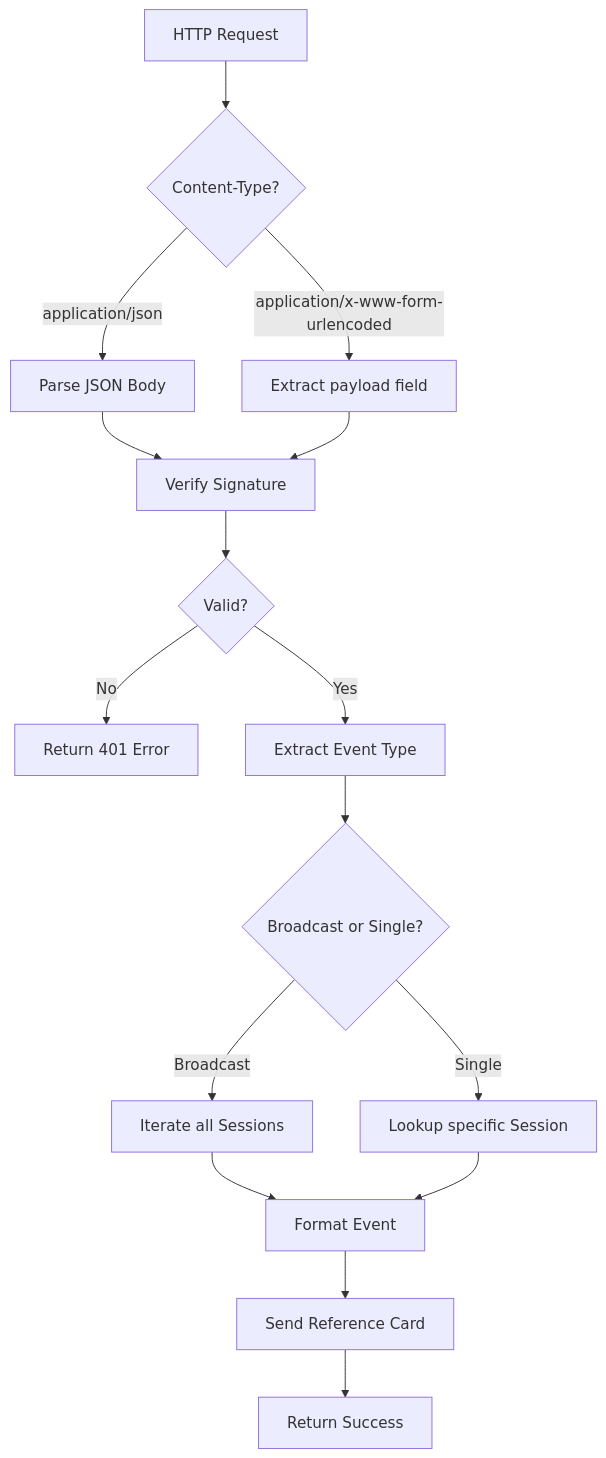
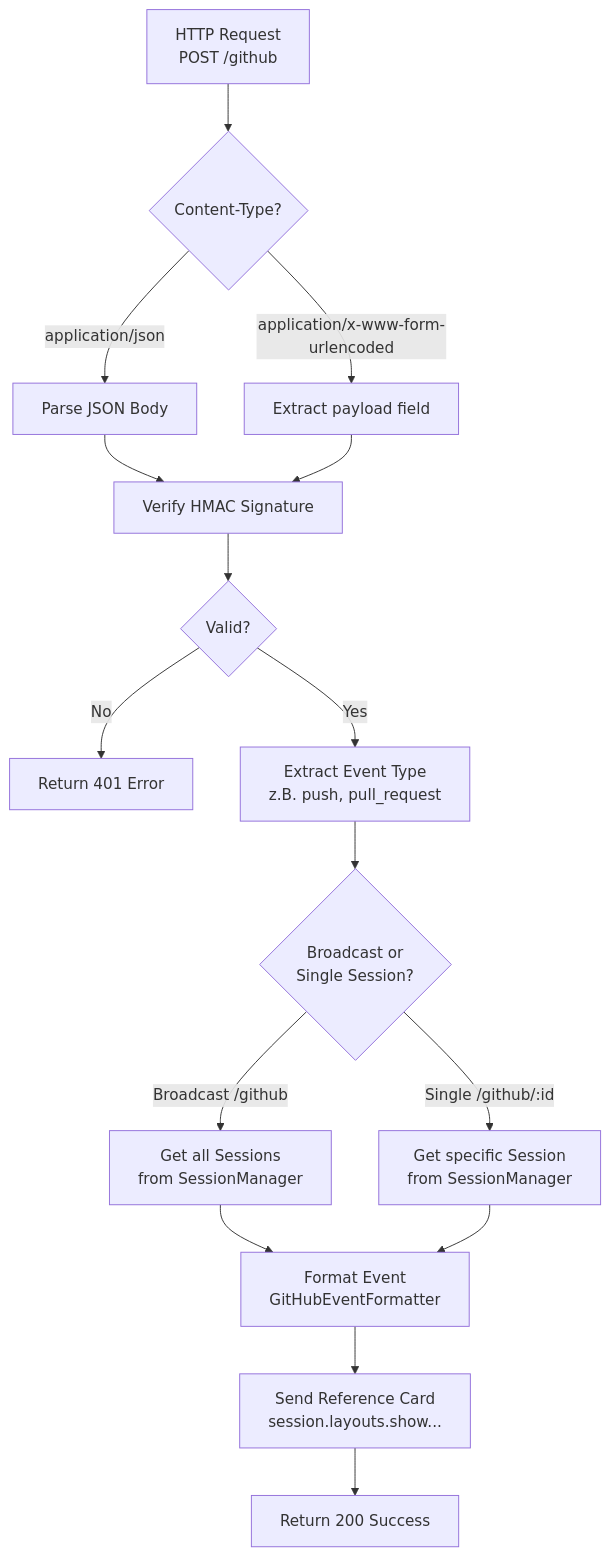
The fifth of 11 diagrams in documentation/arc42.md (merlinbecker/mentraOSPush), drawn with Mermaid before and after one commit. The commit also changed other lines of this file and 4 other files, not shown here.

````diff
--- a/documentation/arc42.md
+++ b/documentation/arc42.md
@@ -400,18 +544,18 @@
 ```mermaid
 graph TD
-    A[HTTP Request] --> B{Content-Type?}
+    A[HTTP Request<br/>POST /github] --> B{Content-Type?}
     B -->|application/json| C[Parse JSON Body]
     B -->|application/x-www-form-urlencoded| D[Extract payload field]
-    C --> E[Verify Signature]
+    C --> E[Verify HMAC Signature]
     D --> E
     E --> F{Valid?}
     F -->|No| G[Return 401 Error]
-    F -->|Yes| H[Extract Event Type]
-    H --> I{Broadcast or Single?}
-    I -->|Broadcast| J[Iterate all Sessions]
-    I -->|Single| K[Lookup specific Session]
-    J --> L[Format Event]
+    F -->|Yes| H[Extract Event Type<br/>z.B. push, pull_request]
+    H --> I{Broadcast or<br/>Single Session?}
+    I -->|Broadcast /github| J[Get all Sessions<br/>from SessionManager]
+    I -->|Single /github/:id| K[Get specific Session<br/>from SessionManager]
+    J --> L[Format Event<br/>GitHubEventFormatter]
     K --> L
-    L --> M[Send Reference Card]
-    M --> N[Return Success]
+    L --> M[Send Reference Card<br/>session.layouts.show...]
+    M --> N[Return 200 Success]
 ```
````
